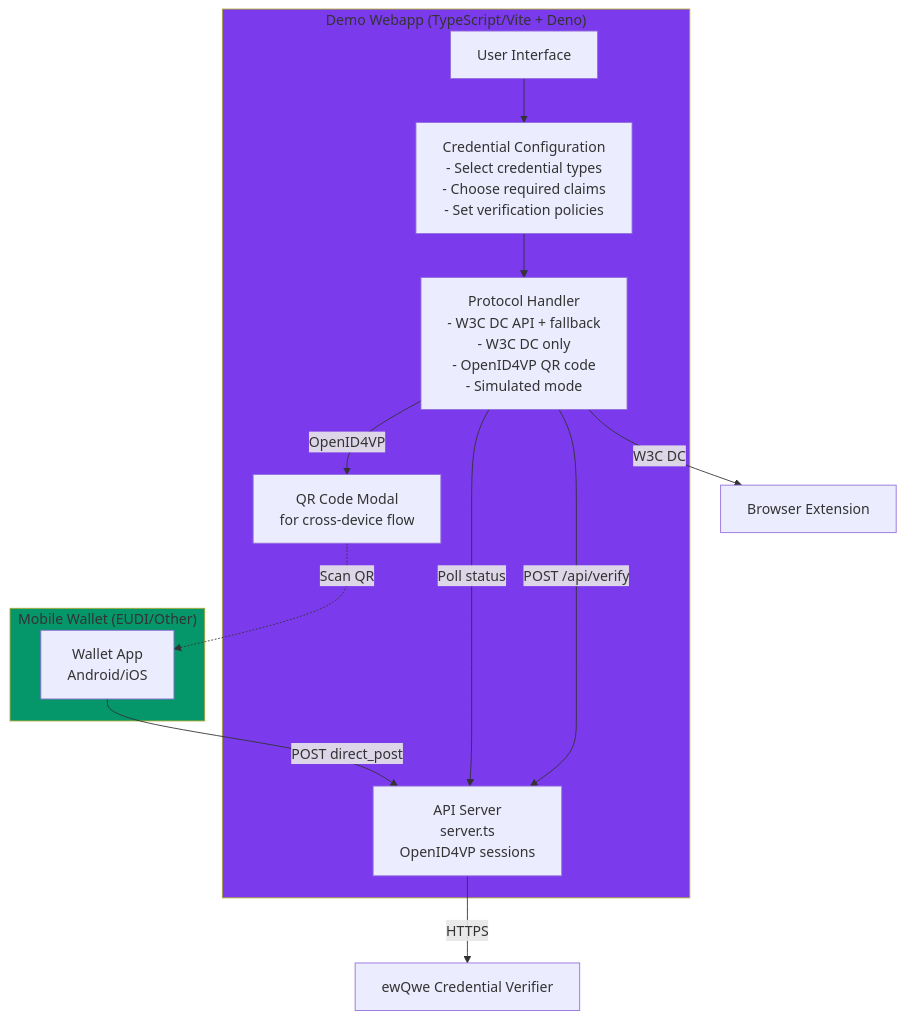
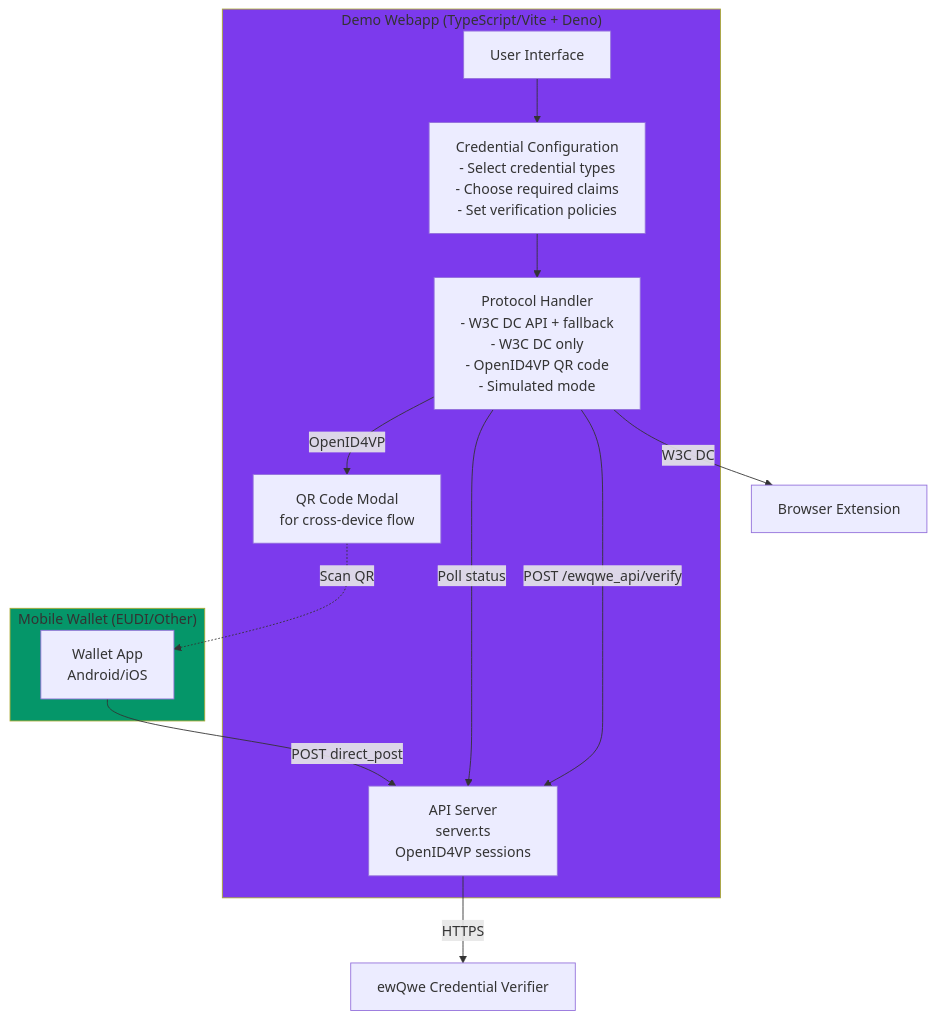
One commit to rd-ewqwe/ewqwe-identity changed the first of 4 diagrams in documentation/src/demo_webapp.md. Above: the diagram before and after it, drawn with Mermaid. The commit also changed other lines of this file and 33 other files, not shown here.

Commit message:
changed api endpoint from /api/ to /ewqwe_api/

````diff
--- a/documentation/src/demo_webapp.md
+++ b/documentation/src/demo_webapp.md
@@ -25,27 +25,27 @@
 ```mermaid
 flowchart TB
     subgraph Webapp["Demo Webapp (TypeScript/Vite + Deno)"]
         UI[User Interface]
         CredConfig[Credential Configuration<br/>- Select credential types<br/>- Choose required claims<br/>- Set verification policies]
         Protocol[Protocol Handler<br/>- W3C DC API + fallback<br/>- W3C DC only<br/>- OpenID4VP QR code<br/>- Simulated mode]
         QRModal[QR Code Modal<br/>for cross-device flow]
         APIServer[API Server<br/>server.ts<br/>OpenID4VP sessions]
     end
 
     subgraph MobileWallet["Mobile Wallet (EUDI/Other)"]
         WalletApp[Wallet App<br/>Android/iOS]
     end
 
     UI --> CredConfig
     CredConfig --> Protocol
     Protocol -->|W3C DC| BrowserExt[Browser Extension]
     Protocol -->|OpenID4VP| QRModal
     QRModal -.->|Scan QR| WalletApp
     WalletApp -->|POST direct_post| APIServer
     Protocol -->|Poll status| APIServer
-    Protocol -->|POST /api/verify| APIServer
+    Protocol -->|POST /ewqwe_api/verify| APIServer
     APIServer -->|HTTPS| CredVerifier[ewQwe Credential Verifier]
 
     style Webapp fill:#7c3aed
     style MobileWallet fill:#059669
 ```
````
